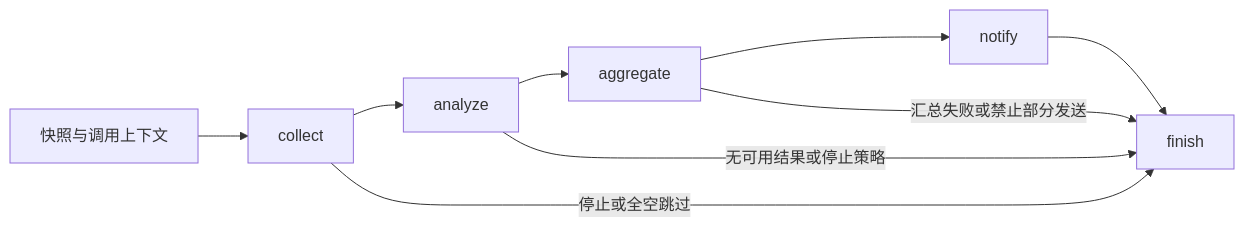
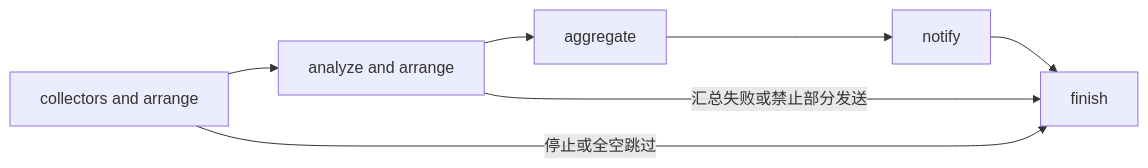
One commit to striiiiiing/WorkFLowWeave changed the diagram in openspec/changes/configurable-collection-analysis-workflow/modules/workflow/design.md. Above: the diagram before and after it, drawn with Mermaid. The commit also changed other lines of this file and 19 other files, not shown here.

````diff
--- a/openspec/changes/configurable-collection-analysis-workflow/modules/workflow/design.md
+++ b/openspec/changes/configurable-collection-analysis-workflow/modules/workflow/design.md
@@ -24,11 +25,10 @@
 ```mermaid
 flowchart LR
-    S[快照与调用上下文] --> C[collect]
-    C --> A[analyze]
-    A --> G[aggregate]
-    G --> N[notify]
+    M[collectors and arrange]
+    M--> A[analyze and arrange]
+    A--> T[aggregate]
+    T --> N[notify]
     N --> F[finish]
-    C -->|停止或全空跳过| F
-    A -->|无可用结果或停止策略| F
-    G -->|汇总失败或禁止部分发送| F
+    M -->|停止或全空跳过| F
+    A -->|汇总失败或禁止部分发送| F
 ```
````
